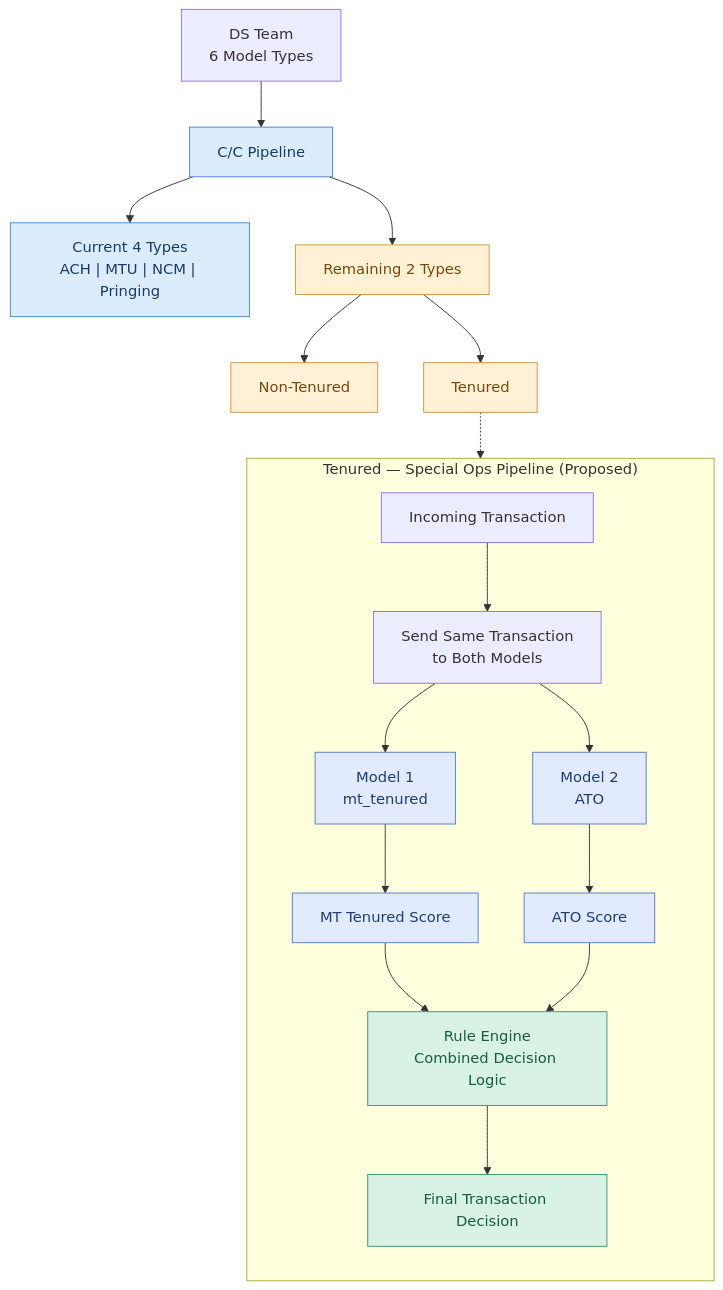
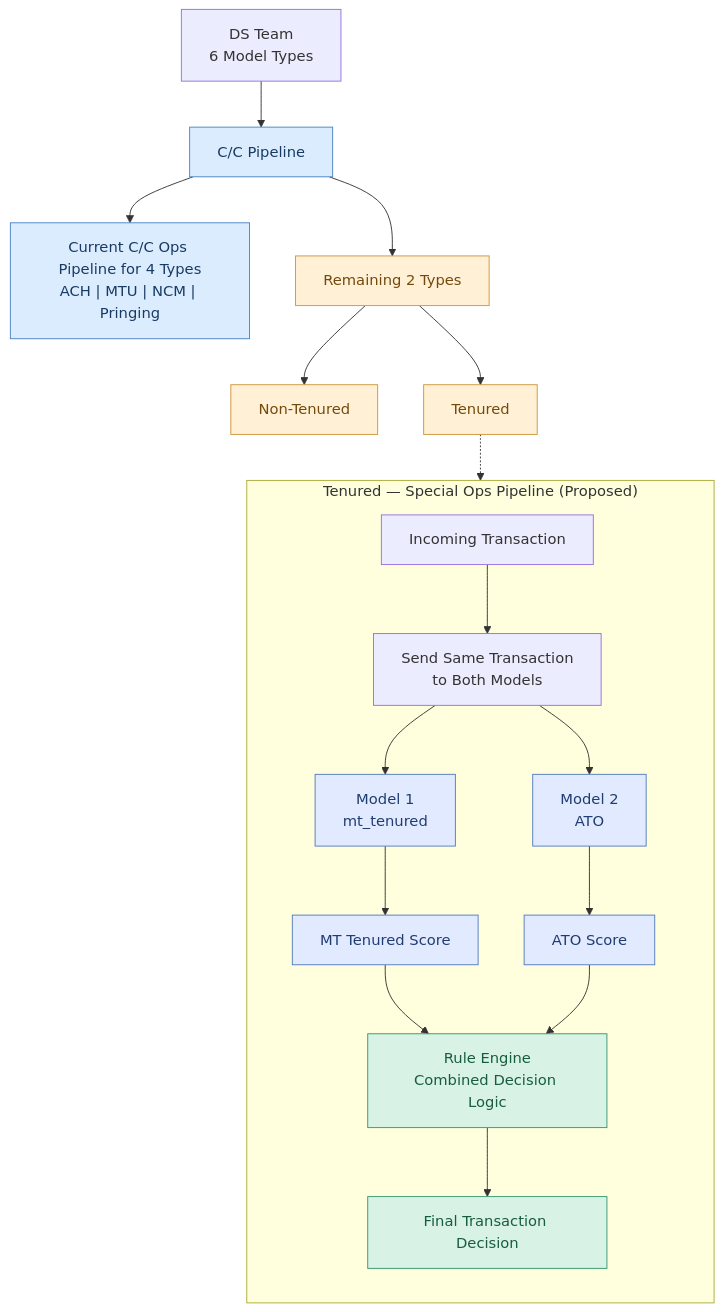
One commit to mdragomir-taurus/ops-diagrams changed the diagram in ncm/new_sketch.mermaid. Above: the diagram before and after it, drawn with Mermaid.

Commit message:
fix: update new sketch diagram

```diff
--- a/ncm/new_sketch.mermaid
+++ b/ncm/new_sketch.mermaid
@@ -1,42 +1,42 @@
 flowchart TB
     DS["DS Team<br/>6 Model Types"]
 
     DS --> CC["C/C Pipeline"]
-    CC --> CUR["Current 4 Types<br/>ACH | MTU | NCM | Pringing"]
+    CC --> CUR["Current C/C Ops Pipeline for 4 Types<br/>ACH | MTU | NCM | Pringing"]
     CC --> REM["Remaining 2 Types"]
 
     REM --> NT["Non-Tenured"]
     REM --> T["Tenured"]
 
     subgraph OPS["Tenured — Special Ops Pipeline (Proposed)"]
         direction TB
         TX["Incoming Transaction"]
         FAN["Send Same Transaction<br/>to Both Models"]
         MT["Model 1<br/>mt_tenured"]
         ATO["Model 2<br/>ATO"]
         S1["MT Tenured Score"]
         S2["ATO Score"]
         RULE["Rule Engine<br/>Combined Decision Logic"]
         DEC["Final Transaction Decision"]
 
         TX --> FAN
         FAN --> MT
         FAN --> ATO
         MT --> S1
         ATO --> S2
         S1 --> RULE
         S2 --> RULE
         RULE --> DEC
     end
 
     T -.-> TX
 
     classDef current fill:#dcecff,stroke:#4a82c4,color:#183b63
     classDef pending fill:#fff0d6,stroke:#cd953b,color:#744a0c
     classDef models fill:#e1eaff,stroke:#527ac0,color:#203d71
     classDef rule fill:#d8f2e5,stroke:#36966c,color:#185d3e
 
     class CC,CUR current
     class REM,NT,T pending
     class MT,ATO,S1,S2 models
     class RULE,DEC rule
```
